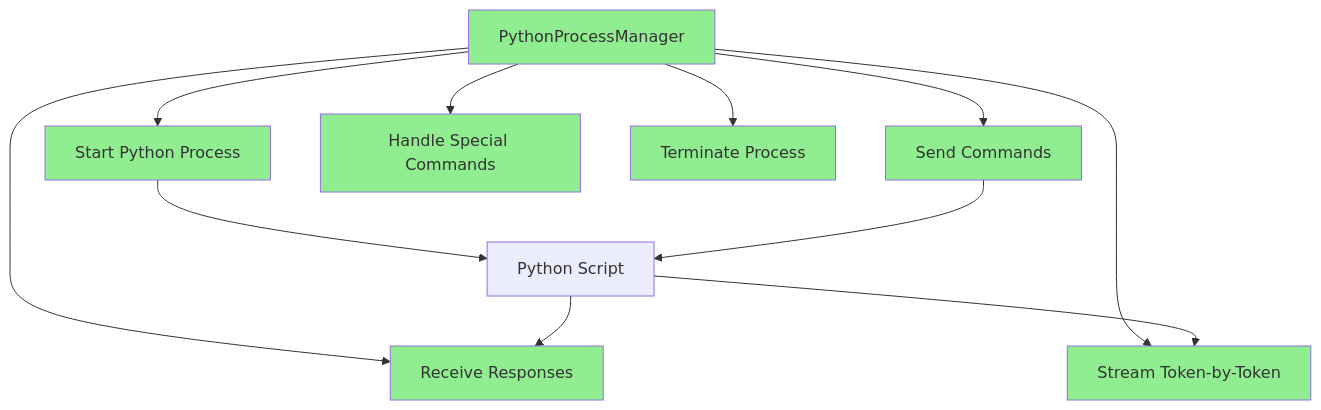
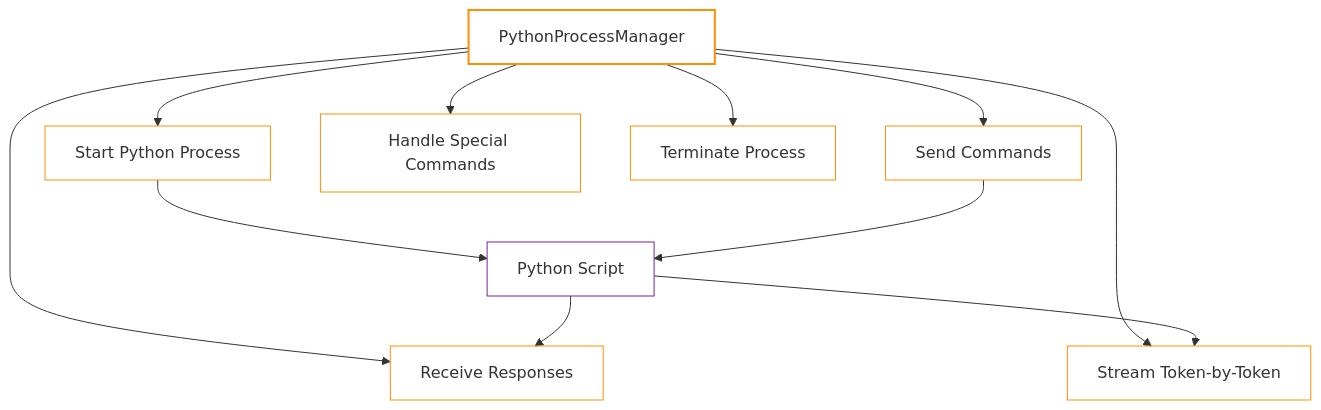
One commit to gsinghjay/LLMAdapterClient changed the sixth of 8 diagrams in STORY.md. Above: the diagram before and after it, drawn with Mermaid. The commit also changed other lines of this file, not shown here.

Commit message:
docs(diagrams): align mermaid diagrams with project styling standards

````diff
--- a/STORY.md
+++ b/STORY.md
@@ -313,22 +338,24 @@
 ```mermaid
-graph TD
+flowchart TD
+    %% Python Process Manager components
     PM[PythonProcessManager] --> PM1[Start Python Process]
     PM --> PM2[Send Commands]
     PM --> PM3[Receive Responses]
     PM --> PM4[Stream Token-by-Token]
     PM --> PM5[Handle Special Commands]
     PM --> PM6[Terminate Process]
     
     PM1 --> PS[Python Script]
     PM2 --> PS
     PS --> PM3
     PS --> PM4
     
-    style PM fill:#90EE90
-    style PM1 fill:#90EE90
-    style PM2 fill:#90EE90
-    style PM3 fill:#90EE90
-    style PM4 fill:#90EE90
-    style PM5 fill:#90EE90
-    style PM6 fill:#90EE90
+    %% Apply styling according to standards
+    classDef manager fill:transparent,stroke:#ff8f00,stroke-width:2px,fontFamily:Arial,sans-serif,fontSize:14px
+    classDef component fill:transparent,stroke:#ff8f00,stroke-width:1px,fontFamily:Arial,sans-serif,fontSize:12px
+    classDef python fill:transparent,stroke:#7b1fa2,stroke-width:1px,fontFamily:Arial,sans-serif,fontSize:12px
+    
+    class PM manager
+    class PM1,PM2,PM3,PM4,PM5,PM6 component
+    class PS python
 ```
````
